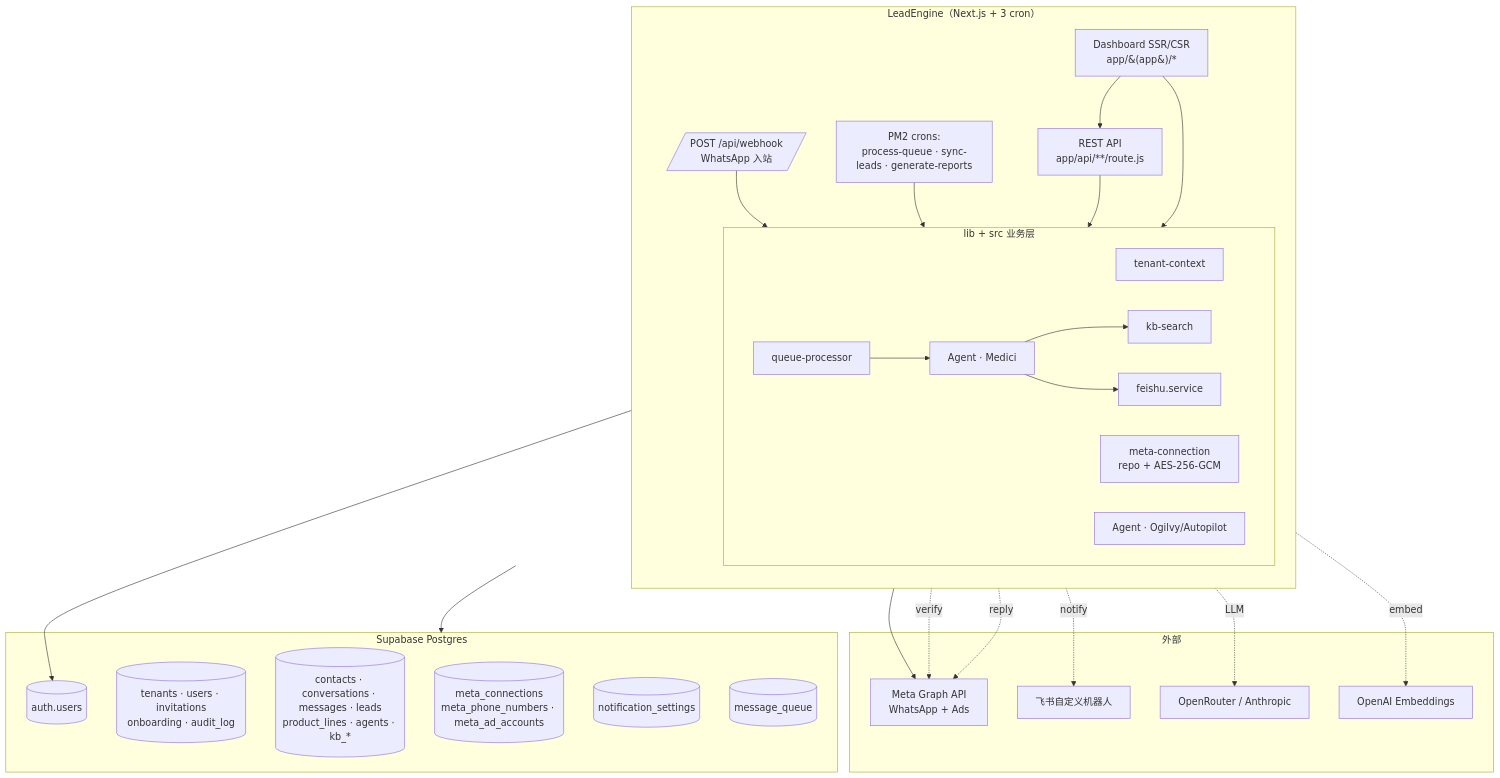
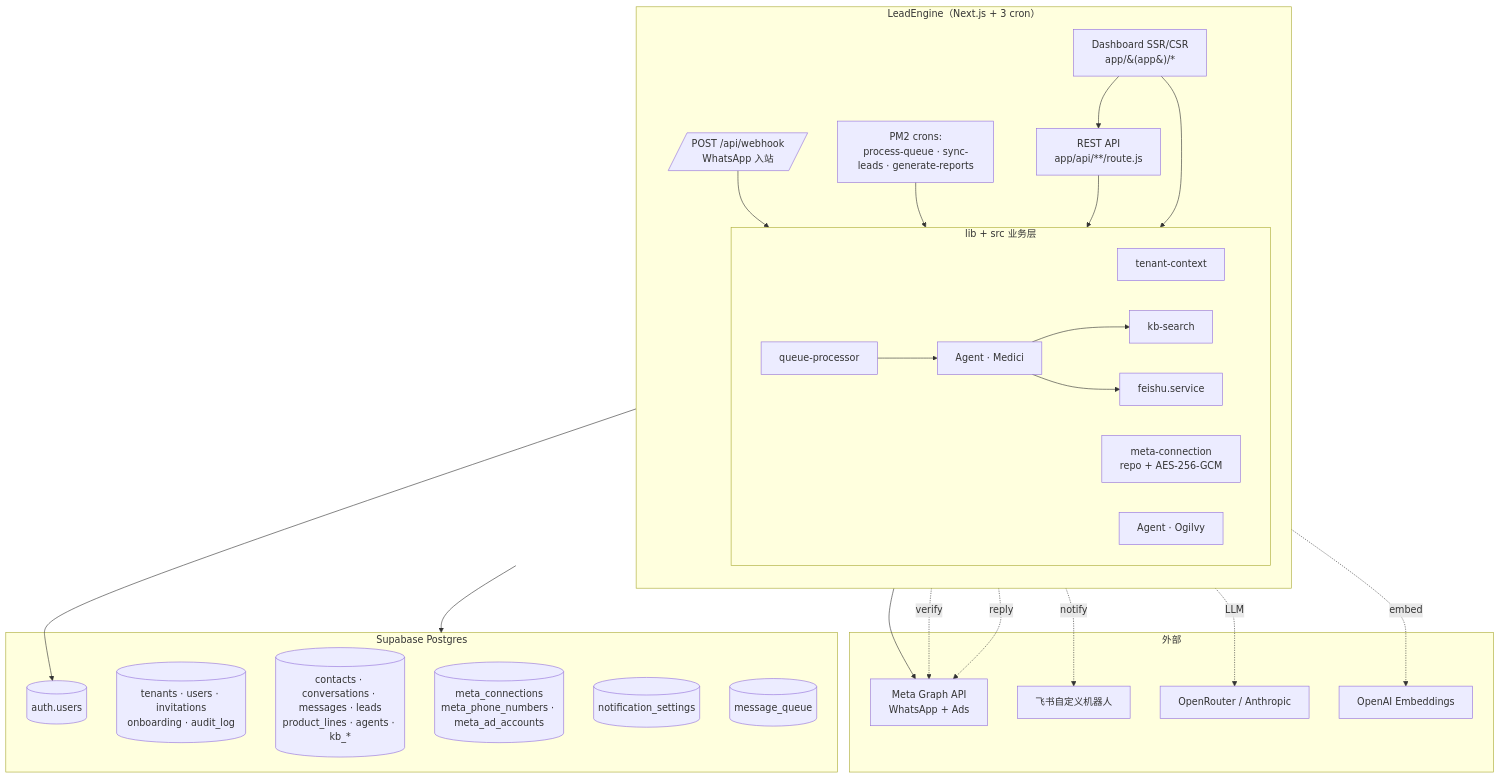
One commit to Sciiaok/xuqiu-bot changed the first of 8 diagrams in README.md. Above: the diagram before and after it, drawn with Mermaid. The commit also changed other lines of this file and 32 other files, not shown here.

First line of the commit message:
refactor: medici-simulator 入 product-lines tab + autopilot → ogilvy 全面改名 (#52)

````diff
--- a/README.md
+++ b/README.md
@@ -42,55 +42,55 @@
 ```mermaid
 flowchart TB
   subgraph Ext["外部"]
     META[Meta Graph API<br/>WhatsApp + Ads]
     LARK[飞书自定义机器人]
     OPR[OpenRouter / Anthropic]
     OAI[OpenAI Embeddings]
   end
 
   subgraph App["LeadEngine（Next.js + 3 cron）"]
     direction TB
     UI[Dashboard SSR/CSR<br/>app/&#40;app&#41;/*]
     API[REST API<br/>app/api/**/route.js]
     WH[/POST /api/webhook<br/>WhatsApp 入站/]
     CRON[PM2 crons:<br/>process-queue · sync-leads · generate-reports]
 
     subgraph Domain["lib + src 业务层"]
       direction LR
       TENANT[tenant-context]
       META_CONN[meta-connection<br/>repo + AES-256-GCM]
       QUEUE[queue-processor]
       MEDICI[Agent · Medici]
-      OGILVY[Agent · Ogilvy/Autopilot]
+      OGILVY[Agent · Ogilvy]
       KB[kb-search]
       FEISHU[feishu.service]
     end
 
     UI --> API
     WH --> QUEUE
     CRON --> QUEUE
     API --> TENANT
     QUEUE --> MEDICI
     MEDICI --> KB
     MEDICI --> FEISHU
     UI --> OGILVY
     OGILVY --> META
   end
 
   subgraph DB["Supabase Postgres"]
     AUTH[(auth.users)]
     TENANTS[(tenants · users · invitations<br/>onboarding · audit_log)]
     BIZ[(contacts · conversations · messages · leads<br/>product_lines · agents · kb_*)]
     META_T[(meta_connections<br/>meta_phone_numbers · meta_ad_accounts)]
     NOTIF[(notification_settings)]
     QT[(message_queue)]
   end
 
   WH -.verify.-> META
   MEDICI -.reply.-> META
   MEDICI -.LLM.-> OPR
   KB -.embed.-> OAI
   FEISHU -.notify.-> LARK
   TENANT --> AUTH
   Domain --> DB
 ```
````
